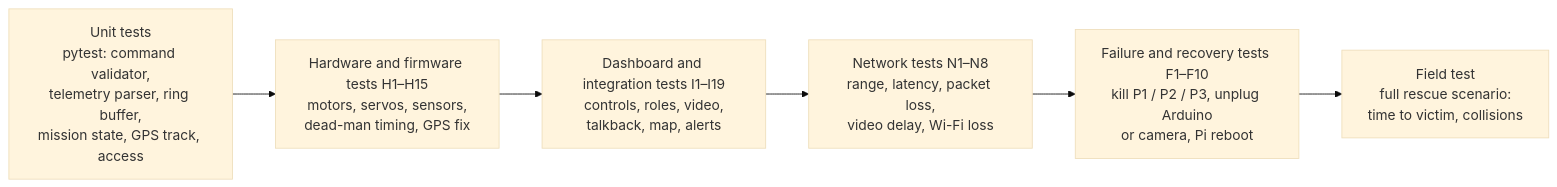
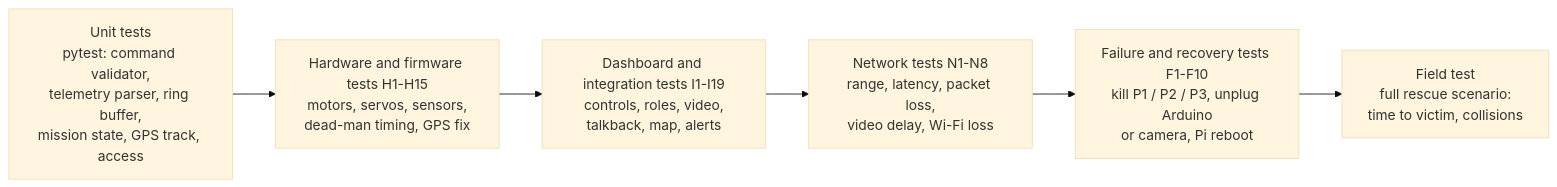
One commit to baiust999/robort-code-from-pi changed diagram 11 of 14 in research paper/methodology_diagrams.md. Above: the diagram before and after it, drawn with Mermaid (base theme). The commit also changed other lines of this file and 4 other files, not shown here.

````diff
--- a/research paper/methodology_diagrams.md
+++ b/research paper/methodology_diagrams.md
@@ -370,10 +370,10 @@
 ```mermaid
 flowchart LR
     U["Unit tests<br/>pytest: command validator,<br/>telemetry parser, ring buffer,<br/>mission state, GPS track, access"]
-    H["Hardware and firmware tests H1–H15<br/>motors, servos, sensors,<br/>dead-man timing, GPS fix"]
-    I["Dashboard and integration tests I1–I19<br/>controls, roles, video,<br/>talkback, map, alerts"]
-    N["Network tests N1–N8<br/>range, latency, packet loss,<br/>video delay, Wi-Fi loss"]
-    R["Failure and recovery tests F1–F10<br/>kill P1 / P2 / P3, unplug Arduino<br/>or camera, Pi reboot"]
+    H["Hardware and firmware tests H1-H15<br/>motors, servos, sensors,<br/>dead-man timing, GPS fix"]
+    I["Dashboard and integration tests I1-I19<br/>controls, roles, video,<br/>talkback, map, alerts"]
+    N["Network tests N1-N8<br/>range, latency, packet loss,<br/>video delay, Wi-Fi loss"]
+    R["Failure and recovery tests F1-F10<br/>kill P1 / P2 / P3, unplug Arduino<br/>or camera, Pi reboot"]
     FT["Field test<br/>full rescue scenario:<br/>time to victim, collisions"]
     U --> H --> I --> N --> R --> FT
 ```
````
